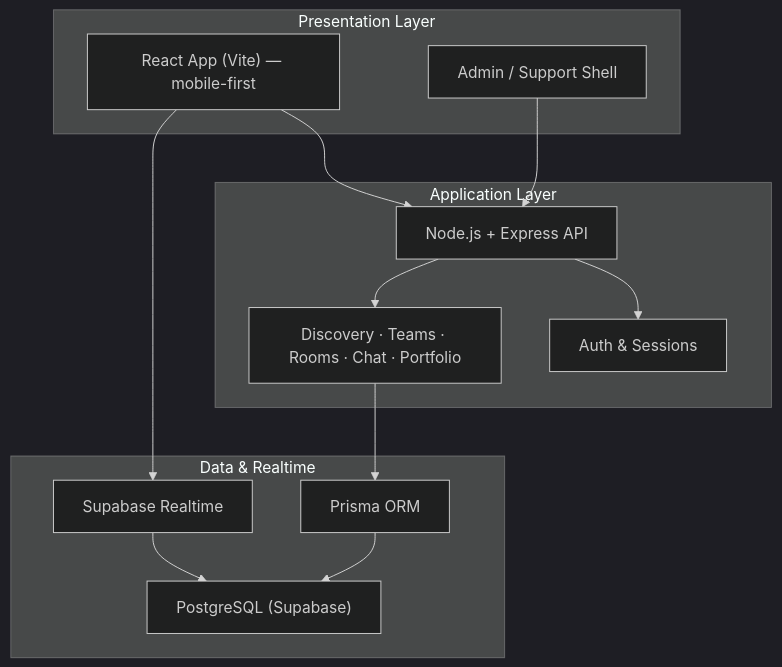
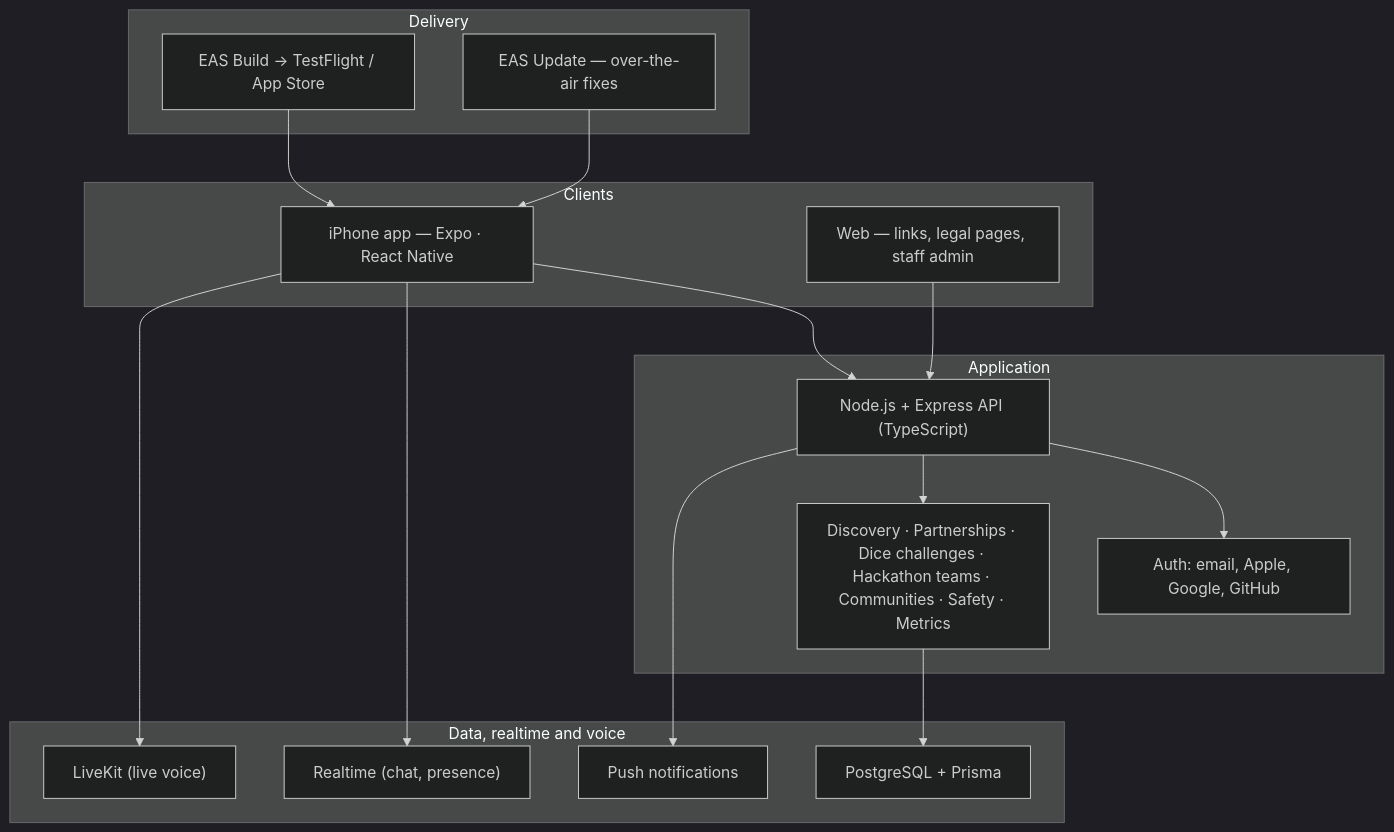
The diagram in architecture/system-architecture-overview.md (hudaalzharani-commits/Loop_showcase), drawn with Mermaid (dark theme) before and after one commit. The commit also changed other lines of this file and 8 other files, not shown here.

First line of the commit message:
Update showcase for the iPhone app and TestFlight beta

````diff
--- a/architecture/system-architecture-overview.md
+++ b/architecture/system-architecture-overview.md
@@ -7,28 +7,36 @@
 ```mermaid
 flowchart TB
-    subgraph Presentation["Presentation Layer"]
-        UI["React App (Vite) — mobile-first"]
-        Admin["Admin / Support Shell"]
+    subgraph Clients["Clients"]
+        APP["iPhone app — Expo · React Native"]
+        WEB["Web — links, legal pages, staff admin"]
     end
 
-    subgraph Application["Application Layer"]
-        API["Node.js + Express API"]
-        Auth["Auth & Sessions"]
-        Domain["Discovery · Teams · Rooms · Chat · Portfolio"]
+    subgraph Delivery["Delivery"]
+        BUILD["EAS Build → TestFlight / App Store"]
+        OTA["EAS Update — over-the-air fixes"]
     end
 
-    subgraph Data["Data & Realtime"]
-        DB["PostgreSQL (Supabase)"]
-        RT["Supabase Realtime"]
-        ORM["Prisma ORM"]
+    subgraph Application["Application"]
+        API["Node.js + Express API (TypeScript)"]
+        AUTH["Auth: email, Apple, Google, GitHub"]
+        DOMAIN["Discovery · Partnerships · Dice challenges · Hackathon teams · Communities · Safety · Metrics"]
     end
 
-    UI --> API
-    Admin --> API
-    API --> Auth
-    API --> Domain
-    Domain --> ORM
-    ORM --> DB
-    UI --> RT
-    RT --> DB
+    subgraph Data["Data, realtime and voice"]
+        DB["PostgreSQL + Prisma"]
+        RT["Realtime (chat, presence)"]
+        VOICE["LiveKit (live voice)"]
+        PUSH["Push notifications"]
+    end
+
+    BUILD --> APP
+    OTA --> APP
+    APP --> API
+    WEB --> API
+    API --> AUTH
+    API --> DOMAIN
+    DOMAIN --> DB
+    APP --> RT
+    APP --> VOICE
+    API --> PUSH
 ```
````
